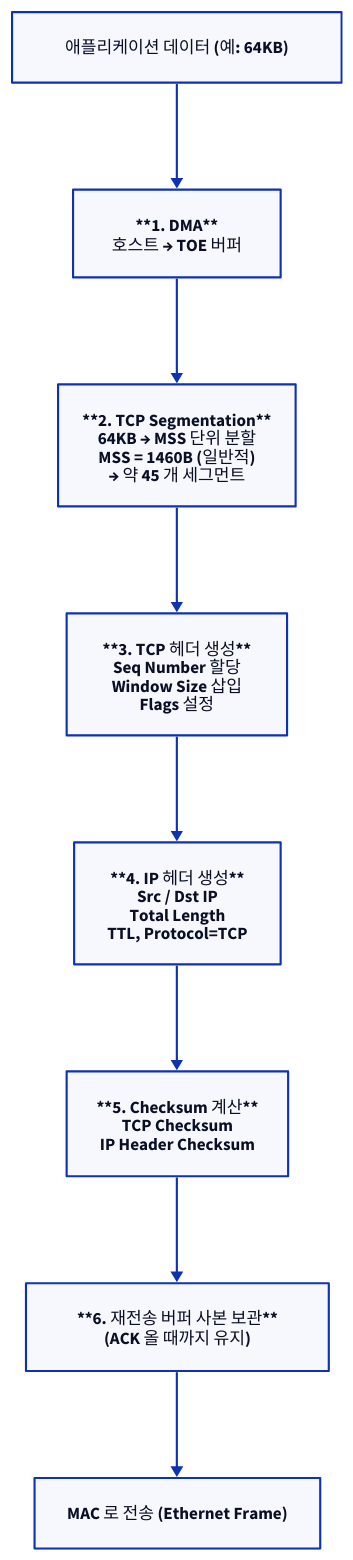
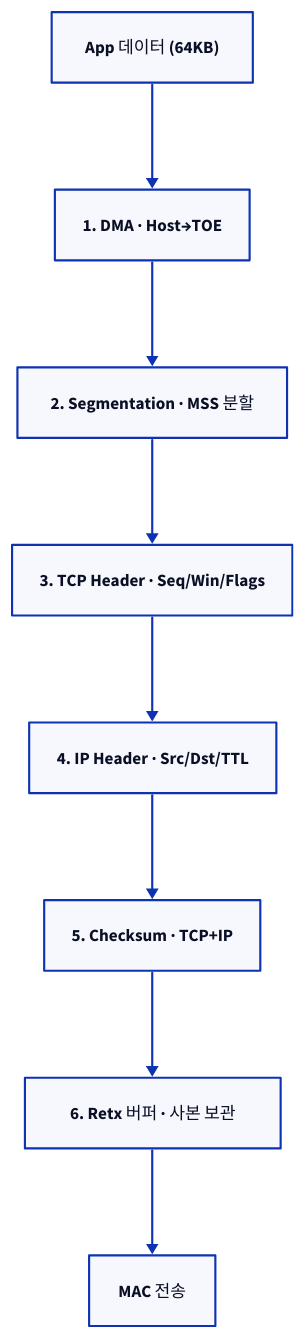
Before and after one commit to humbleowl39/DV_SKOOL: the fourth of 9 diagrams in topics/toe/docs/02_toe_architecture.md, drawn with D2. The commit also changed other lines of this file and 90 other files, not shown here.

First line of the commit message:
docs: 전 토픽 다이어그램 정비 — ASCII→D2, mermaid→D2, 과대 D2 가시성 수정

````diff
--- a/topics/toe/docs/02_toe_architecture.md
+++ b/topics/toe/docs/02_toe_architecture.md
@@ -214,19 +214,19 @@
 ```d2
 direction: down
 
-APP: "애플리케이션 데이터 (예: 64KB)"
-T1: "**1. DMA**\n호스트 → TOE 버퍼"
-T2: "**2. TCP Segmentation**\n64KB → MSS 단위 분할\nMSS = 1460B (일반적)\n→ 약 45 개 세그먼트"
-T3: "**3. TCP 헤더 생성**\nSeq Number 할당\nWindow Size 삽입\nFlags 설정"
-T4: "**4. IP 헤더 생성**\nSrc / Dst IP\nTotal Length\nTTL, Protocol=TCP"
-T5: "**5. Checksum 계산**\nTCP Checksum\nIP Header Checksum"
-T6: "**6. 재전송 버퍼 사본 보관**\n(ACK 올 때까지 유지)"
-MAC: "MAC 로 전송 (Ethernet Frame)"
+APP: "App 데이터 (64KB)"
+T1: "1. DMA · Host→TOE"
+T2: "2. Segmentation · MSS 분할"
+T3: "3. TCP Header · Seq/Win/Flags"
+T4: "4. IP Header · Src/Dst/TTL"
+T5: "5. Checksum · TCP+IP"
+T6: "6. Retx 버퍼 · 사본 보관"
+MAC: "MAC 전송"
 APP -> T1
 T1 -> T2
 T2 -> T3
 T3 -> T4
 T4 -> T5
 T5 -> T6
 T6 -> MAC
 ```
````
